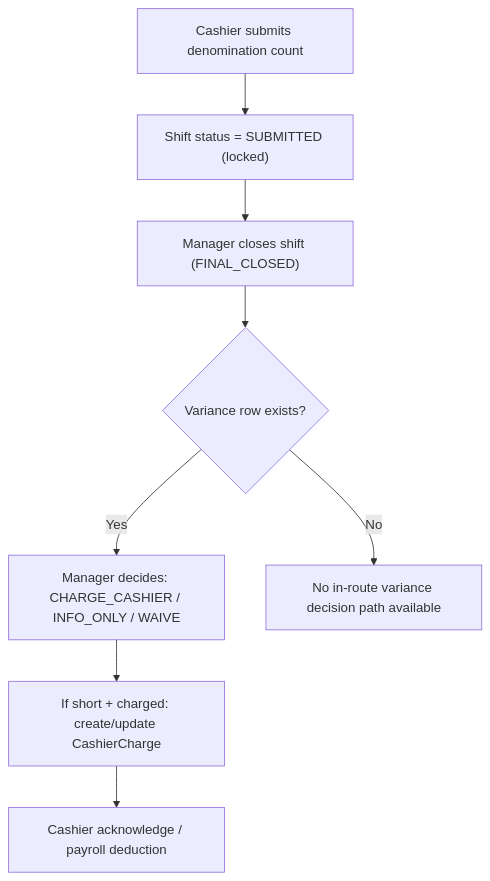
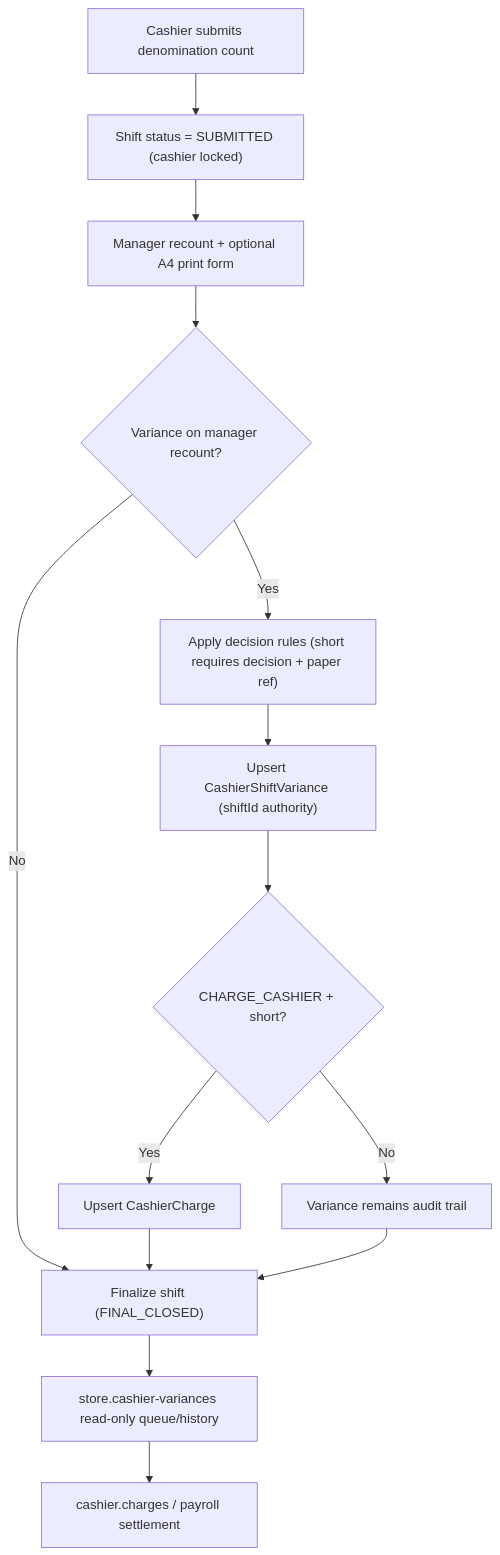
Before and after one commit to helloword214/zmstore-pos: the fifth of 5 diagrams in docs/guide/DIAGRAMS_DELIVERY_CSS_AR.md, drawn with Mermaid. The commit also changed other lines of this file and 6 other files, not shown here.

Commit message:
docs(governance): enforce flow-doc sync and align cashier variance canonical flow (#18)

````diff
--- a/docs/guide/DIAGRAMS_DELIVERY_CSS_AR.md
+++ b/docs/guide/DIAGRAMS_DELIVERY_CSS_AR.md
@@ -145,10 +149,16 @@
 ```mermaid
 flowchart TD
-    A["Cashier submits denomination count"] --> B["Shift status = SUBMITTED (locked)"]
-    B --> C["Manager closes shift (FINAL_CLOSED)"]
-    C --> D{"Variance row exists?"}
-    D -- "Yes" --> E["Manager decides: CHARGE_CASHIER / INFO_ONLY / WAIVE"]
-    E --> F["If short + charged: create/update CashierCharge"]
-    F --> G["Cashier acknowledge / payroll deduction"]
-    D -- "No" --> H["No in-route variance decision path available"]
+    A["Cashier submits denomination count"] --> B["Shift status = SUBMITTED (cashier locked)"]
+    B --> C["Manager recount + optional A4 print form"]
+    C --> D{"Variance on manager recount?"}
+    D -- "No" --> E["Finalize shift (FINAL_CLOSED)"]
+    D -- "Yes" --> F["Apply decision rules (short requires decision + paper ref)"]
+    F --> G["Upsert CashierShiftVariance (shiftId authority)"]
+    G --> H{"CHARGE_CASHIER + short?"}
+    H -- "Yes" --> I["Upsert CashierCharge"]
+    H -- "No" --> J["Variance remains audit trail"]
+    I --> E
+    J --> E
+    E --> K["store.cashier-variances read-only queue/history"]
+    K --> L["cashier.charges / payroll settlement"]
 ```
````
